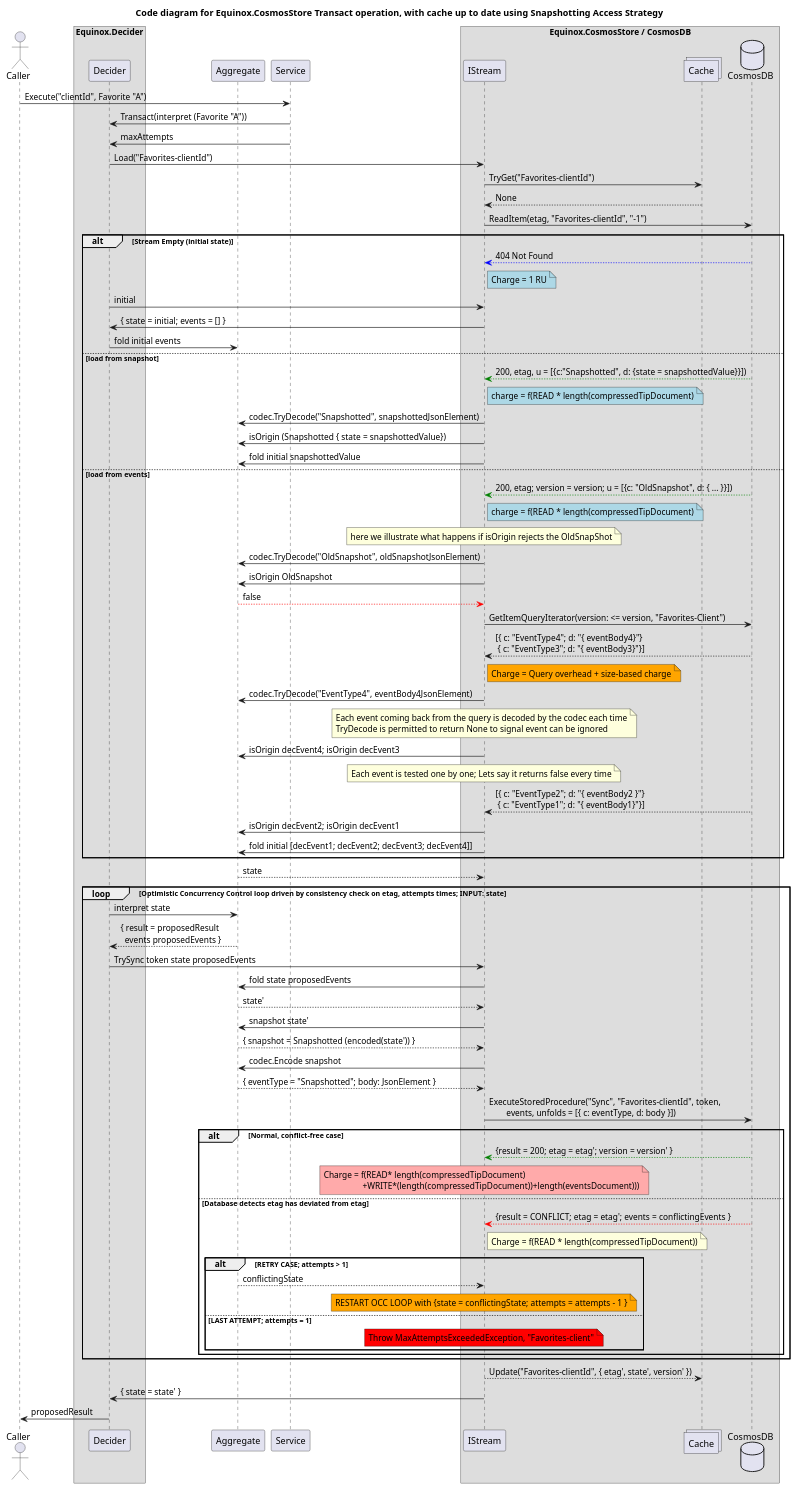
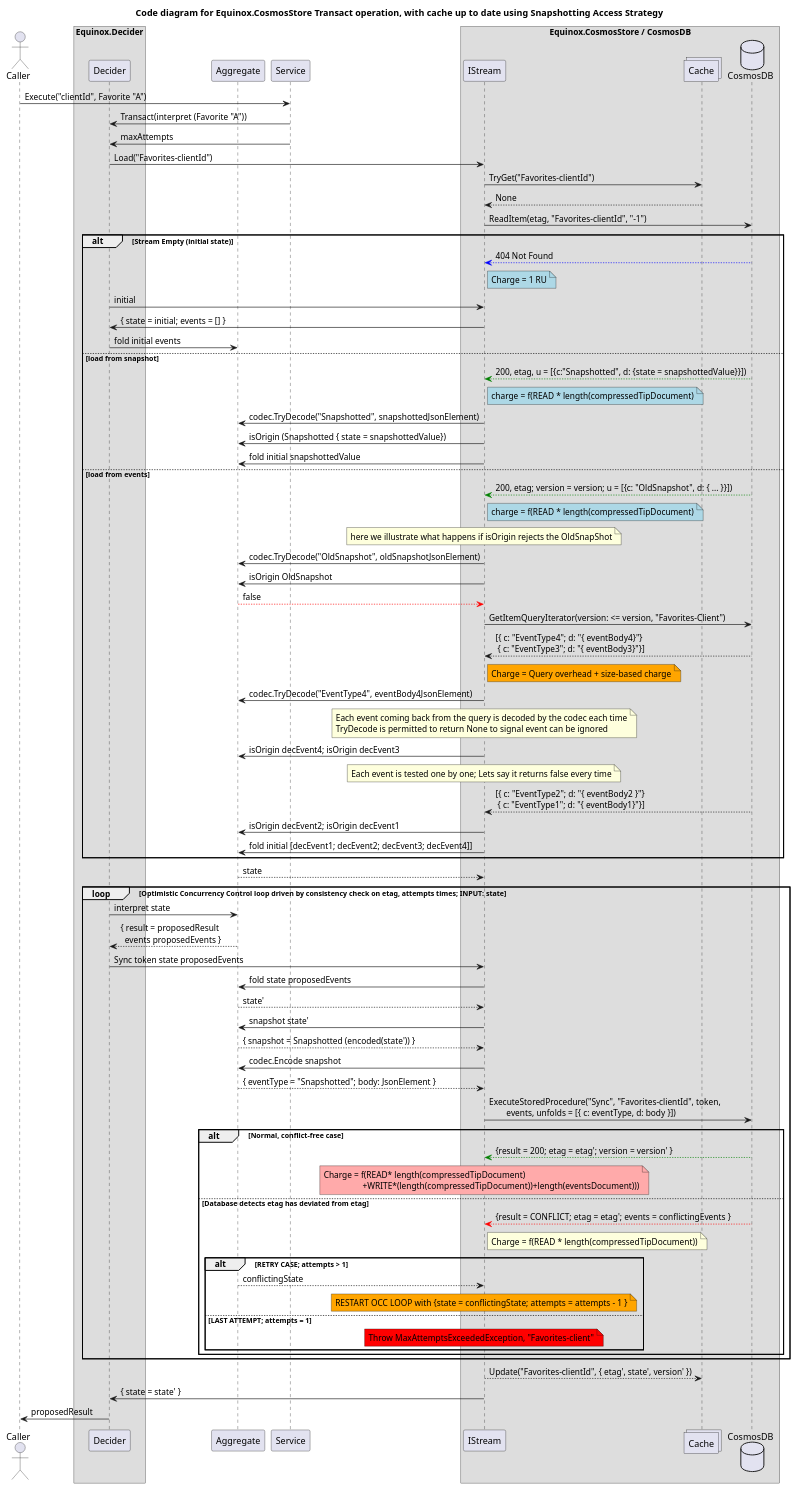
One commit to jet/equinox changed the second of 4 diagrams in diagrams/CosmosCode.puml. Above: the diagram before and after it, drawn with PlantUML. The commit also changed 33 other files, not shown here.

Commit message:
Tidy; Rename TrySync->Sync

```diff
--- a/diagrams/CosmosCode.puml
+++ b/diagrams/CosmosCode.puml
@@ -32,84 +32,84 @@
 @startuml
 title Code diagram for Equinox.CosmosStore Transact operation, with cache up to date using Snapshotting Access Strategy
 
 actor Caller order 20
 box "Equinox.Decider"
     participant Decider order 40
 end box
 participant Aggregate order 50
 participant Service order 60
 box "Equinox.CosmosStore / CosmosDB"
   participant IStream order 80
   collections Cache order 90
   database CosmosDB order 100
 end box
 
 Caller -> Service: Execute("clientId", Favorite "A")
 Service -> Decider: Transact(interpret (Favorite "A"))
 Service -> Decider: maxAttempts
 Decider -> IStream: Load("Favorites-clientId")
 IStream -> Cache: TryGet("Favorites-clientId")
 Cache --> IStream: None
 IStream -> CosmosDB: ReadItem(etag, "Favorites-clientId", "-1")
 
 alt Stream Empty (initial state)
 CosmosDB -[#blue]-> IStream: 404 Not Found
 note right IStream #lightblue: Charge = 1 RU
 Decider -> IStream: initial
 IStream -> Decider: { state = initial; events = [] }
 Decider -> Aggregate: fold initial events
 else load from snapshot
 CosmosDB -[#green]-> IStream: 200, etag, u = [{c:"Snapshotted", d: {state = snapshottedValue}}])
 note right IStream #lightblue: charge = f(READ * length(compressedTipDocument)
 IStream -> Aggregate: codec.TryDecode("Snapshotted", snapshottedJsonElement)
 IStream -> Aggregate: isOrigin (Snapshotted { state = snapshottedValue})
 IStream -> Aggregate: fold initial snapshottedValue
 else load from events
 CosmosDB -[#green]-> IStream: 200, etag; version = version; u = [{c: "OldSnapshot", d: { ... }}])
 note right IStream #lightblue: charge = f(READ * length(compressedTipDocument)
 note over IStream: here we illustrate what happens if isOrigin rejects the OldSnapShot
 IStream -> Aggregate: codec.TryDecode("OldSnapshot", oldSnapshotJsonElement)
 IStream -> Aggregate: isOrigin OldSnapshot
 Aggregate --[#red]> IStream: false
 IStream -> CosmosDB: GetItemQueryIterator(version: <= version, "Favorites-Client")
 CosmosDB --> IStream: [{ c: "EventType4"; d: "{ eventBody4}"}\n { c: "EventType3"; d: "{ eventBody3}"}]
 note right IStream #orange: Charge = Query overhead + size-based charge
 IStream -> Aggregate: codec.TryDecode("EventType4", eventBody4JsonElement)
 note over IStream: Each event coming back from the query is decoded by the codec each time\nTryDecode is permitted to return None to signal event can be ignored
 IStream -> Aggregate: isOrigin decEvent4; isOrigin decEvent3
 note over IStream: Each event is tested one by one; Lets say it returns false every time
 CosmosDB --> IStream: [{ c: "EventType2"; d: "{ eventBody2 }"}\n { c: "EventType1"; d: "{ eventBody1}"}]
 IStream -> Aggregate: isOrigin decEvent2; isOrigin decEvent1
 IStream -> Aggregate: fold initial [decEvent1; decEvent2; decEvent3; decEvent4]]
 end // initial stream load cases
 Aggregate --> IStream: state
 
 loop Optimistic Concurrency Control loop driven by consistency check on etag, attempts times; INPUT: state
 Decider -> Aggregate: interpret state
 Aggregate --> Decider: { result = proposedResult\n  events proposedEvents }
-Decider -> IStream: TrySync token state proposedEvents
+Decider -> IStream: Sync token state proposedEvents
 IStream -> Aggregate: fold state proposedEvents
 Aggregate --> IStream: state'
 IStream -> Aggregate: snapshot state'
 Aggregate --> IStream: { snapshot = Snapshotted (encoded(state')) }
 IStream -> Aggregate: codec.Encode snapshot
 Aggregate --> IStream: { eventType = "Snapshotted"; body: JsonElement }
 IStream -> CosmosDB: ExecuteStoredProcedure("Sync", "Favorites-clientId", token,\n        events, unfolds = [{ c: eventType, d: body }])
 alt Normal, conflict-free case
 CosmosDB -[#green]-> IStream: {result = 200; etag = etag'; version = version' }
 note over IStream #FFAAAA: Charge = f(READ* length(compressedTipDocument)\n                  +WRITE*(length(compressedTipDocument))+length(eventsDocument)))
 else Database detects etag has deviated from etag 
 CosmosDB -[#red]-> IStream: {result = CONFLICT; etag = etag'; events = conflictingEvents }
 note right IStream: Charge = f(READ * length(compressedTipDocument))
 alt RETRY CASE; attempts > 1
 Aggregate --> IStream: conflictingState
 note over IStream #orange: RESTART OCC LOOP with {state = conflictingState; attempts = attempts - 1 }
 else LAST ATTEMPT; attempts = 1
 note over IStream #red: Throw MaxAttemptsExceededException, "Favorites-client"
 end // alt throw
 end // alt ok or conflict
 end // loop
 IStream --> Cache: Update("Favorites-clientId", { etag', state', version' })
 IStream -> Decider: { state = state' }
 Decider -> Caller: proposedResult
 @enduml
```
